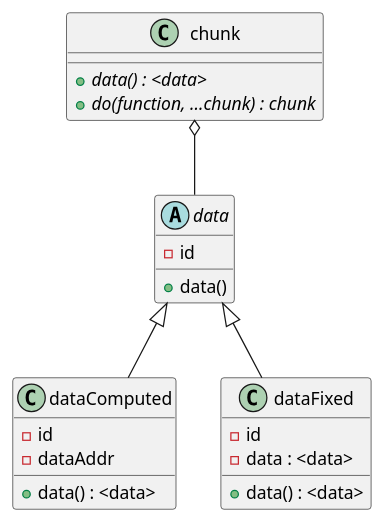
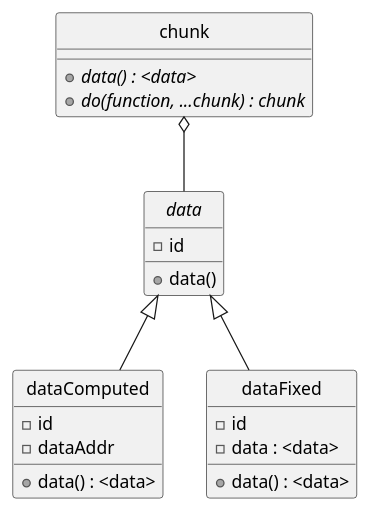
The diagram in img/chunk2.puml (jcai849/thesis), drawn with PlantUML before and after one commit. The commit also changed 19 other files, not shown here.

```diff
--- a/img/chunk2.puml
+++ b/img/chunk2.puml
@@ -1,29 +1,32 @@
 @startuml
+skinparam monochrome true
+skinparam shadowing false
+skinparam style strictuml
 
 class chunk {
         {abstract} +data() : <data>
         {abstract} +do(function, ...chunk) : chunk
 }
 
 abstract class data {
 	-id
         +data()
 }
 
 class dataComputed {
 	-id
 	-dataAddr
         +data() : <data>
 }
 
 class dataFixed {
 	-id
 	-data : <data>
         +data() : <data>
 }
 
 chunk o-- data
 data <|-- dataFixed
 data <|-- dataComputed
 
 @enduml
```
